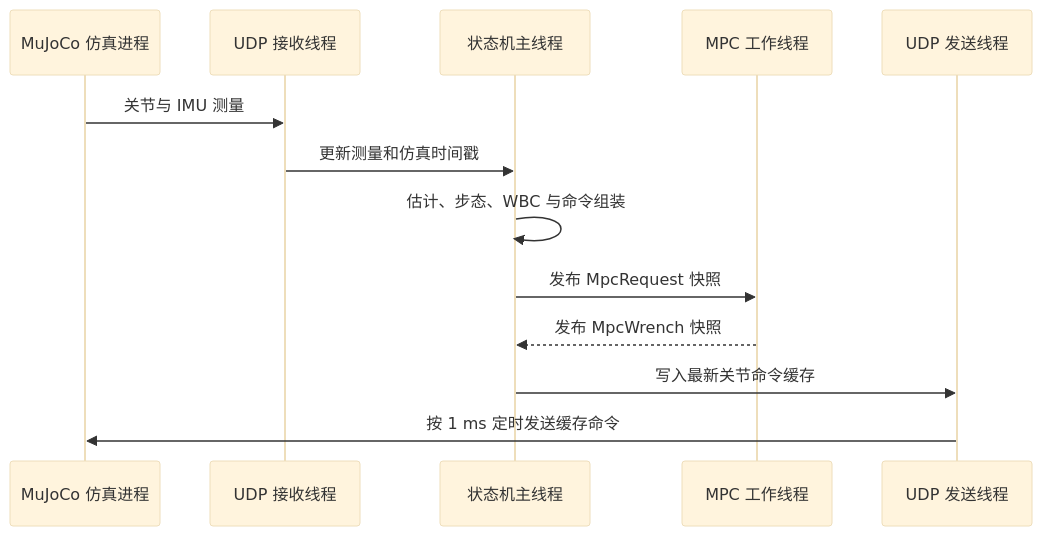
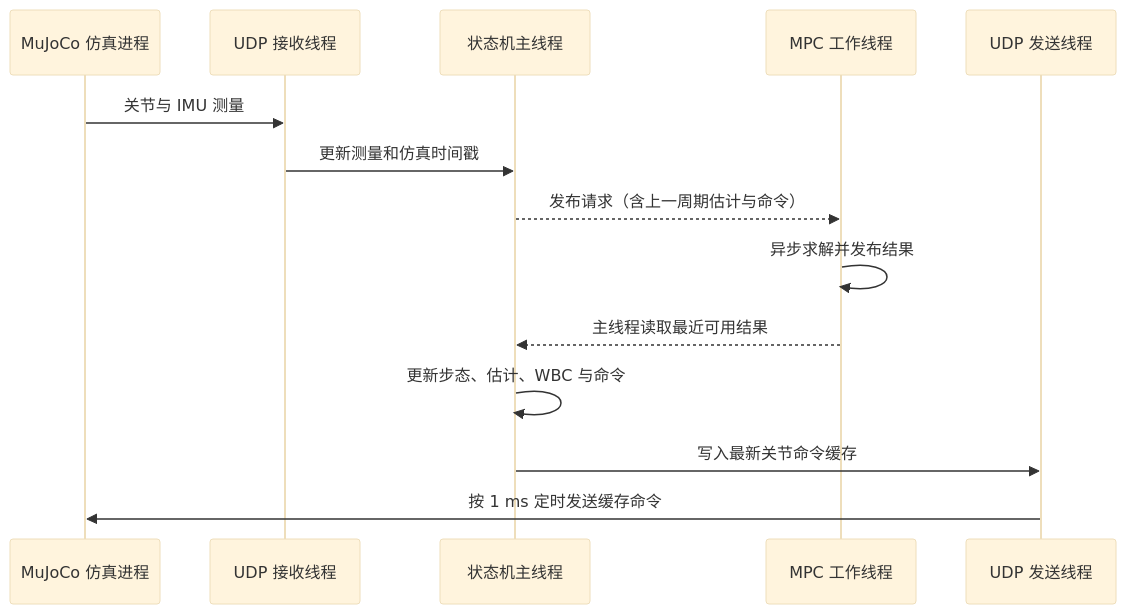
Before and after one commit to yingjian-peng/Lite3_MPC-WBC_project: the sixth of 6 diagrams in docs/03_基于MPC+WBC的四足狗运动控制理论与实现.md, drawn with Mermaid (base theme). The commit also changed other lines of this file and 4 other files, not shown here.

````diff
--- a/docs/03_基于MPC+WBC的四足狗运动控制理论与实现.md
+++ b/docs/03_基于MPC+WBC的四足狗运动控制理论与实现.md
@@ -696,15 +639,16 @@
 ```mermaid
 sequenceDiagram
     participant Sim as MuJoCo 仿真进程
     participant RX as UDP 接收线程
     participant Main as 状态机主线程
     participant MPC as MPC 工作线程
     participant TX as UDP 发送线程
     Sim->>RX: 关节与 IMU 测量
     RX->>Main: 更新测量和仿真时间戳
-    Main->>Main: 估计、步态、WBC 与命令组装
-    Main->>MPC: 发布 MpcRequest 快照
-    MPC-->>Main: 发布 MpcWrench 快照
+    Main-->>MPC: 发布请求（含上一周期估计与命令）
+    MPC->>MPC: 异步求解并发布结果
+    MPC-->>Main: 主线程读取最近可用结果
+    Main->>Main: 更新步态、估计、WBC 与命令
     Main->>TX: 写入最新关节命令缓存
     TX->>Sim: 按 1 ms 定时发送缓存命令
 ```
````
